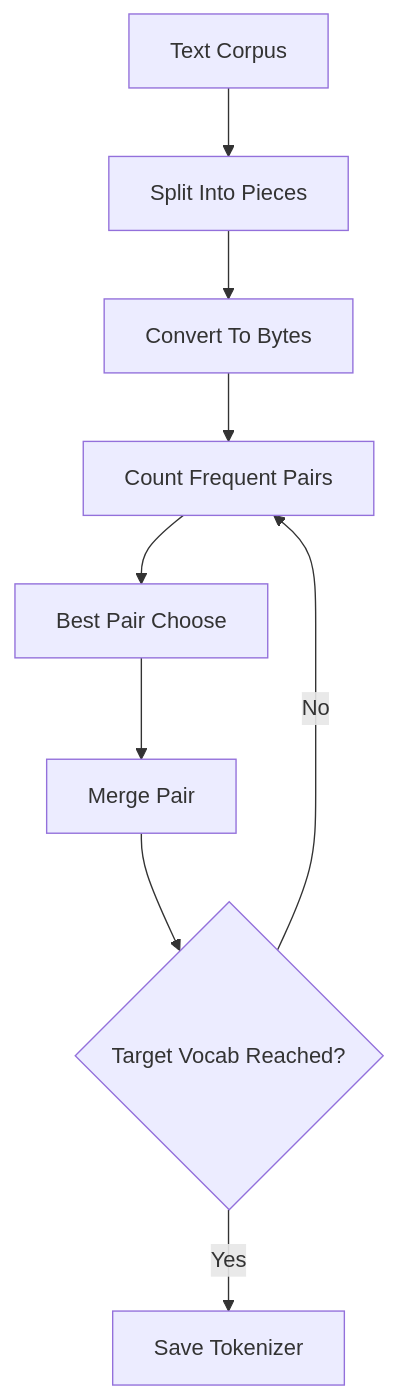
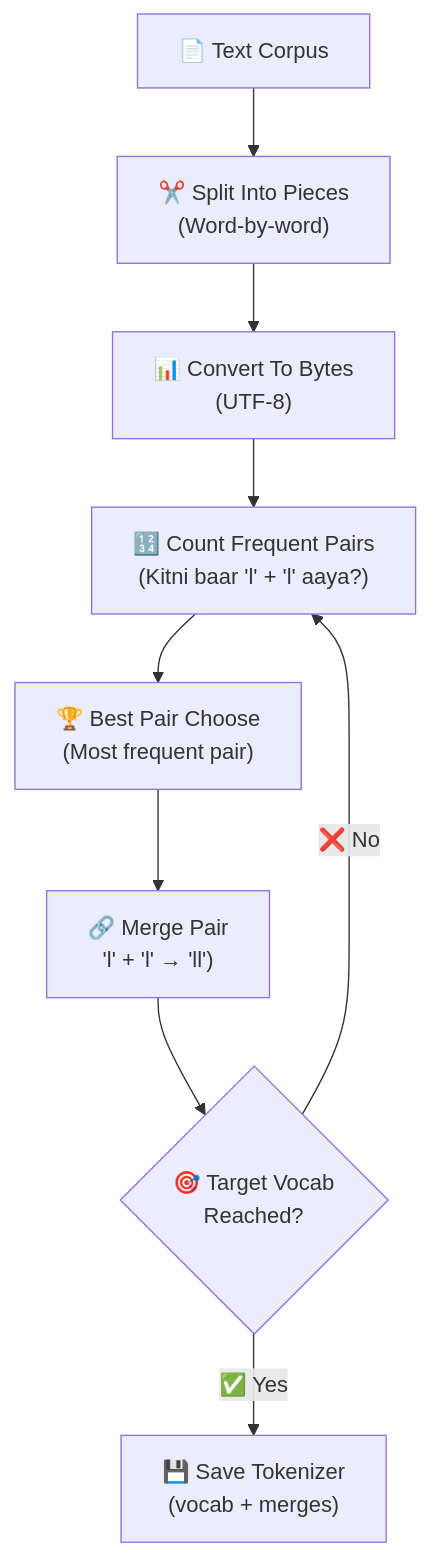
One commit to Sameer-Malik20/SusaGPT-Build-LLM-From-Scratch-With-Hinglish-Learning-Material changed the third of 24 diagrams in docs/susagpt/SusaGPT_Diagram_Guide.md. Above: the diagram before and after it, drawn with Mermaid. The commit also changed other lines of this file and 10 other files, not shown here.

````diff
--- a/docs/susagpt/SusaGPT_Diagram_Guide.md
+++ b/docs/susagpt/SusaGPT_Diagram_Guide.md
@@ -75,11 +120,11 @@
 ```mermaid
 flowchart TD
-    A[Text Corpus] --> B[Split Into Pieces]
-    B --> C[Convert To Bytes]
-    C --> D[Count Frequent Pairs]
-    D --> E[Best Pair Choose]
-    E --> F[Merge Pair]
-    F --> G{Target Vocab Reached?}
-    G -- No --> D
-    G -- Yes --> H[Save Tokenizer]
+    A["📄 Text Corpus"] --> B["✂️ Split Into Pieces\n(Word-by-word)"]
+    B --> C["📊 Convert To Bytes\n(UTF-8)"]
+    C --> D["🔢 Count Frequent Pairs\n(Kitni baar 'l' + 'l' aaya?)"]
+    D --> E["🏆 Best Pair Choose\n(Most frequent pair)"]
+    E --> F["🔗 Merge Pair\n'l' + 'l' → 'll')"]
+    F --> G{"🎯 Target Vocab\nReached?"}
+    G -- "❌ No" --> D
+    G -- "✅ Yes" --> H["💾 Save Tokenizer\n(vocab + merges)"]
 ```
````
